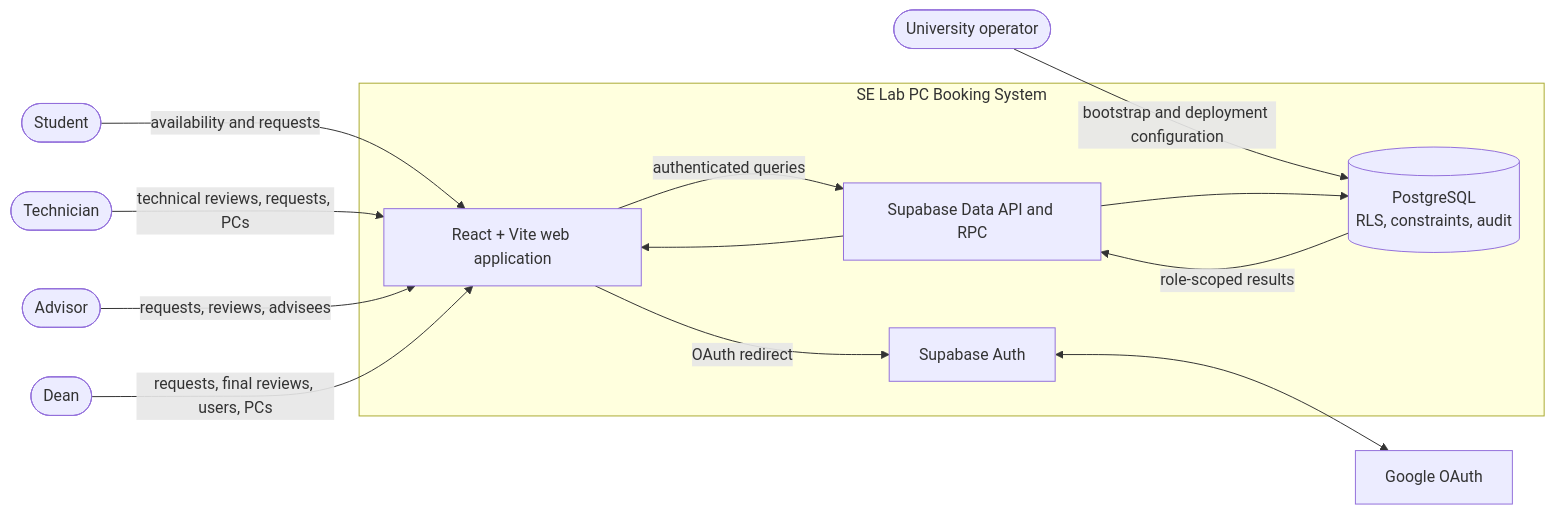
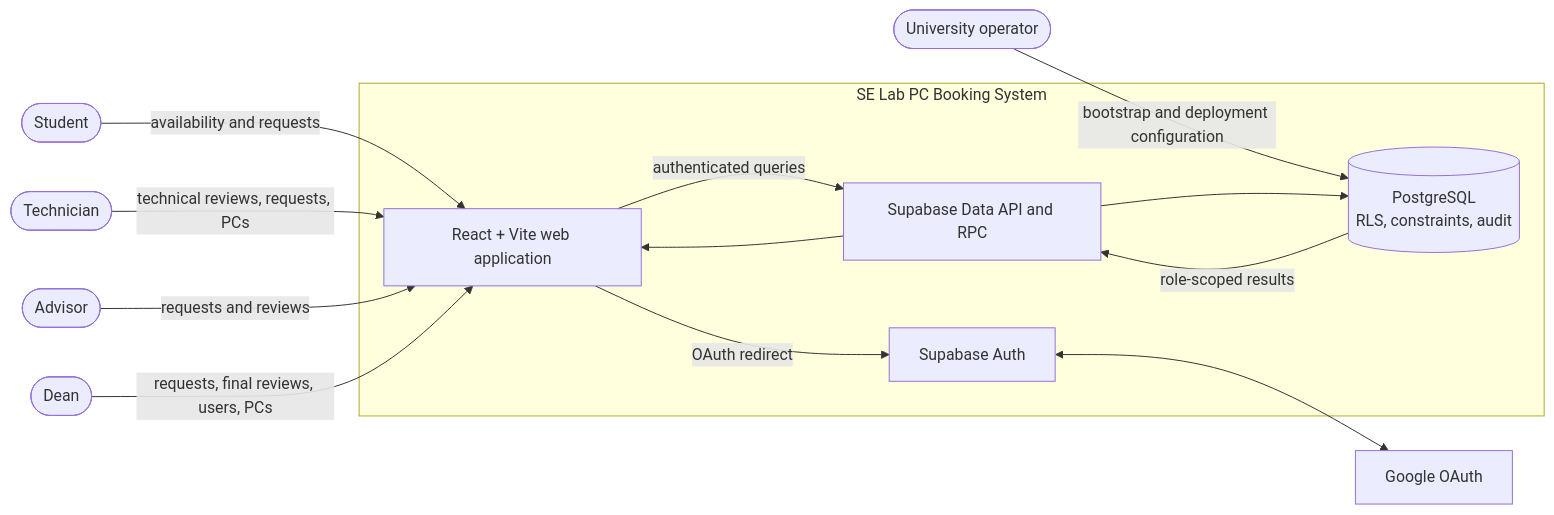
The diagram in .docs/02-design/diagrams/01-context-diagram.md (Leng201202/SE-Lab-Booking-System), drawn with Mermaid before and after one commit. The commit also changed 19 other files, not shown here.

```diff
--- a/.docs/02-design/diagrams/01-context-diagram.md
+++ b/.docs/02-design/diagrams/01-context-diagram.md
@@ -3,29 +3,29 @@
 ~~~mermaid
 flowchart LR
     Student([Student])
     Technician([Technician])
     Advisor([Advisor])
     Dean([Dean])
     Operator([University operator])
     Google[Google OAuth]
 
     subgraph System["SE Lab PC Booking System"]
         Web[React + Vite web application]
         Auth[Supabase Auth]
         API[Supabase Data API and RPC]
         DB[(PostgreSQL\nRLS, constraints, audit)]
     end
 
     Student -->|availability and requests| Web
     Technician -->|technical reviews, requests, PCs| Web
-    Advisor -->|requests, reviews, advisees| Web
+    Advisor -->|requests and reviews| Web
     Dean -->|requests, final reviews, users, PCs| Web
     Operator -->|bootstrap and deployment configuration| DB
 
     Web -->|OAuth redirect| Auth
     Auth <--> Google
     Web -->|authenticated queries| API
     API --> DB
     DB -->|role-scoped results| API
     API --> Web
 ~~~
```
